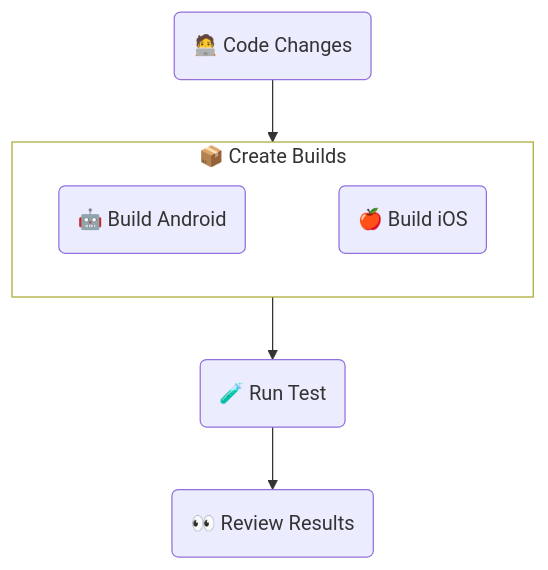
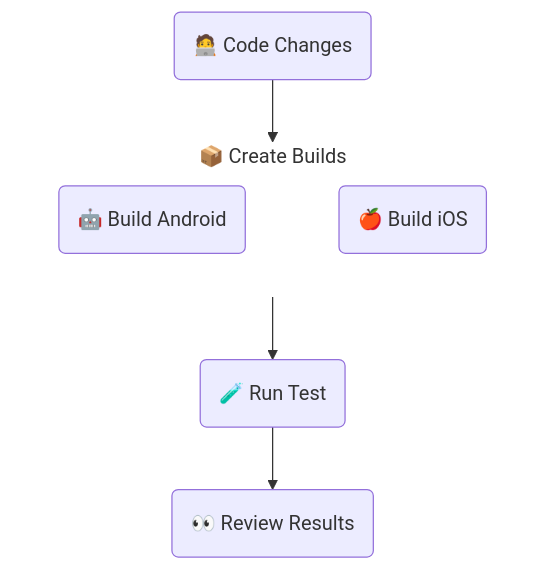
Before and after one commit to sherlo-io/sherlo: the diagram in examples/standard/README.md, drawn with Mermaid.

Commit message:
no message

````diff
--- a/examples/standard/README.md
+++ b/examples/standard/README.md
@@ -14,16 +14,16 @@
 ```mermaid
 flowchart TB
    UI(🧑‍💻 Code Changes)
    subgraph Build[📦 Create Builds]
       Android(🤖 Build Android)
       iOS(🍎 Build iOS)
       Android ~~~ iOS
-      style Build fill:#00000000
+      style Build fill:#00000000,stroke:#00000000
    end
    Test(🧪 Run Test)
    Review(👀 Review Results)
 
    UI --> Build
    Build --> Test
    Test --> Review
 ```
````
